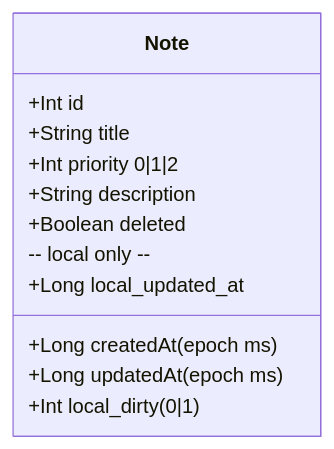
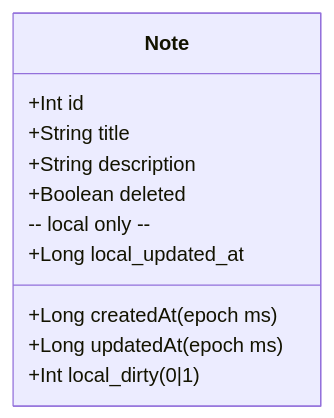
Before and after one commit to edufelip/amazing-note: the fourth of 5 diagrams in README.md, drawn with Mermaid. The commit also changed other lines of this file and 60 other files, not shown here.

````diff
--- a/README.md
+++ b/README.md
@@ -324,15 +318,14 @@
 ```mermaid
 classDiagram
   class Note {
     +Int id
     +String title
-    +Int priority 0|1|2
     +String description
     +Boolean deleted
     +Long createdAt (epoch ms)
     +Long updatedAt (epoch ms)
     -- local only --
     +Int local_dirty (0|1)
     +Long local_updated_at
   }
 ```
````
